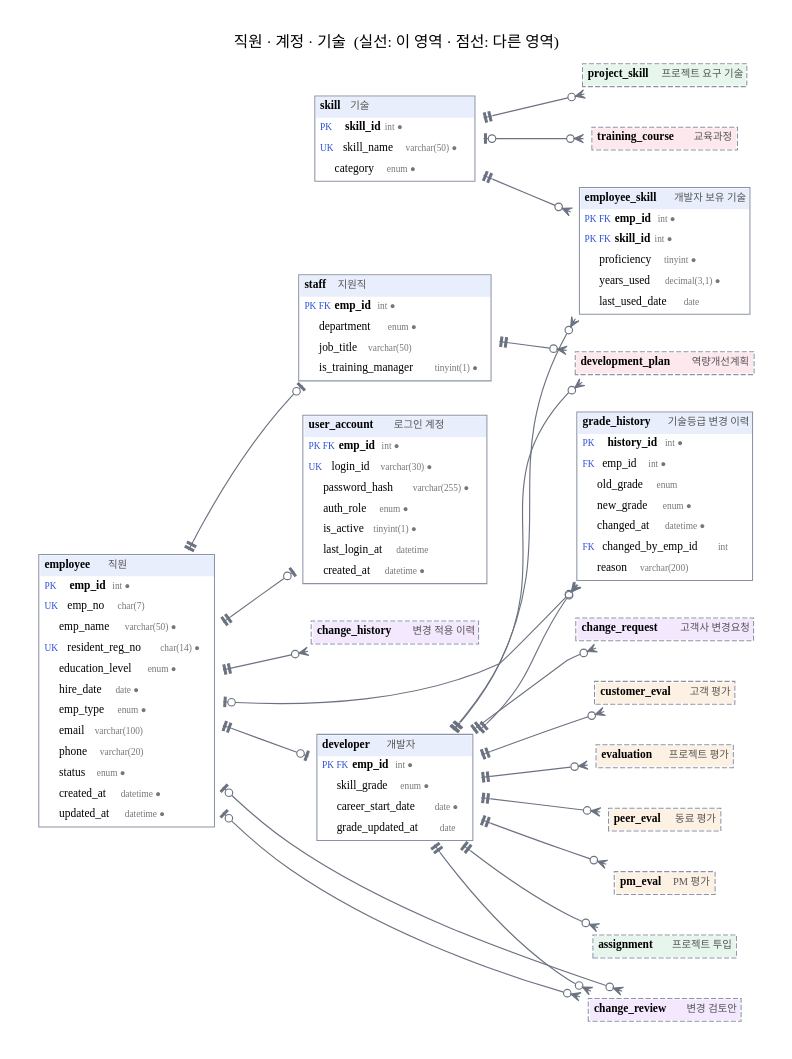
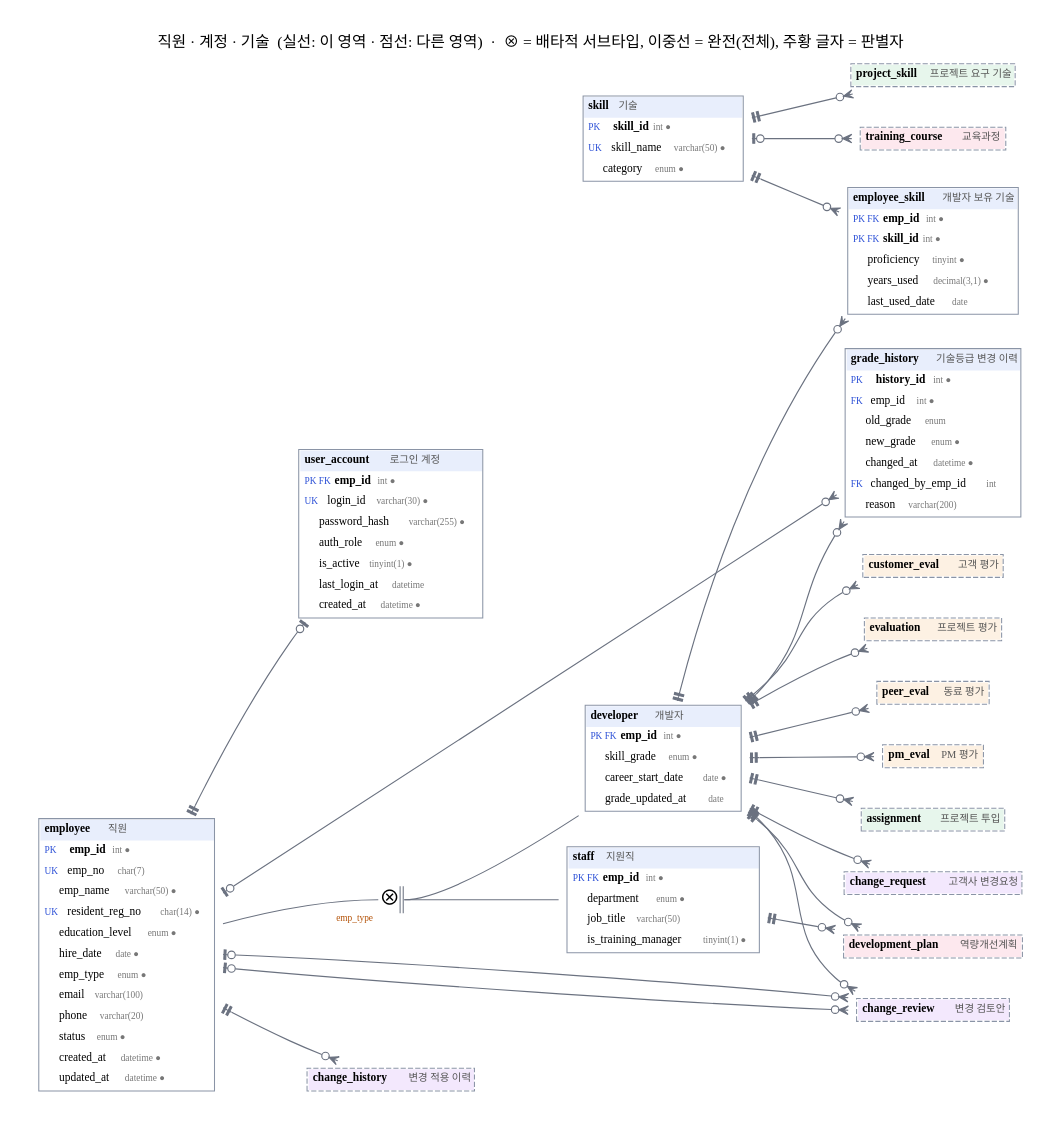
The diagram in docs/erd/01_hr.dot (moovingGun/database-teamproject), drawn with Graphviz before and after one commit. The commit also changed 11 other files, not shown here.

First line of the commit message:
docs: ERD 슈퍼타입-서브타입을 IE 서브타입 기호로 표기

```diff
--- a/docs/erd/01_hr.dot
+++ b/docs/erd/01_hr.dot
@@ -2,7 +2,7 @@
   graph [rankdir=LR, fontname="Apple SD Gothic Neo", fontsize=13, bgcolor="white", nodesep=0.35, pad=0.3, splines=true, newrank=true, ranksep=0.9];
   node  [shape=plaintext, fontname="Apple SD Gothic Neo", fontsize=11];
   edge  [fontname="Apple SD Gothic Neo", fontsize=9];
-  label="직원 · 계정 · 기술  (실선: 이 영역 · 점선: 다른 영역)"; labelloc=t; fontsize=15;
+  label="직원 · 계정 · 기술  (실선: 이 영역 · 점선: 다른 영역)  ·  ⊗ = 배타적 서브타입, 이중선 = 완전(전체), 주황 글자 = 판별자"; labelloc=t; fontsize=15;
   "employee" [label=<<TABLE BORDER="1" CELLBORDER="0" CELLSPACING="0" CELLPADDING="4" COLOR="#8a94a6"><TR><TD BGCOLOR="#e8eefc" ALIGN="LEFT"><B>employee</B>  <FONT POINT-SIZE="10" COLOR="#555555">직원</FONT></TD></TR><TR><TD ALIGN="LEFT"><FONT POINT-SIZE="9" COLOR="#2b4fd6">PK    </FONT> <B>emp_id</B><FONT POINT-SIZE="9" COLOR="#777777">  int ●</FONT></TD></TR><TR><TD ALIGN="LEFT"><FONT POINT-SIZE="9" COLOR="#2b4fd6">UK    </FONT> emp_no<FONT POINT-SIZE="9" COLOR="#777777">  char(7)</FONT></TD></TR><TR><TD ALIGN="LEFT"><FONT POINT-SIZE="9" COLOR="#2b4fd6">      </FONT> emp_name<FONT POINT-SIZE="9" COLOR="#777777">  varchar(50) ●</FONT></TD></TR><TR><TD ALIGN="LEFT"><FONT POINT-SIZE="9" COLOR="#2b4fd6">UK    </FONT> resident_reg_no<FONT POINT-SIZE="9" COLOR="#777777">  char(14) ●</FONT></TD></TR><TR><TD ALIGN="LEFT"><FONT POINT-SIZE="9" COLOR="#2b4fd6">      </FONT> education_level<FONT POINT-SIZE="9" COLOR="#777777">  enum ●</FONT></TD></TR><TR><TD ALIGN="LEFT"><FONT POINT-SIZE="9" COLOR="#2b4fd6">      </FONT> hire_date<FONT POINT-SIZE="9" COLOR="#777777">  date ●</FONT></TD></TR><TR><TD ALIGN="LEFT"><FONT POINT-SIZE="9" COLOR="#2b4fd6">      </FONT> emp_type<FONT POINT-SIZE="9" COLOR="#777777">  enum ●</FONT></TD></TR><TR><TD ALIGN="LEFT"><FONT POINT-SIZE="9" COLOR="#2b4fd6">      </FONT> email<FONT POINT-SIZE="9" COLOR="#777777">  varchar(100)</FONT></TD></TR><TR><TD ALIGN="LEFT"><FONT POINT-SIZE="9" COLOR="#2b4fd6">      </FONT> phone<FONT POINT-SIZE="9" COLOR="#777777">  varchar(20)</FONT></TD></TR><TR><TD ALIGN="LEFT"><FONT POINT-SIZE="9" COLOR="#2b4fd6">      </FONT> status<FONT POINT-SIZE="9" COLOR="#777777">  enum ●</FONT></TD></TR><TR><TD ALIGN="LEFT"><FONT POINT-SIZE="9" COLOR="#2b4fd6">      </FONT> created_at<FONT POINT-SIZE="9" COLOR="#777777">  datetime ●</FONT></TD></TR><TR><TD ALIGN="LEFT"><FONT POINT-SIZE="9" COLOR="#2b4fd6">      </FONT> updated_at<FONT POINT-SIZE="9" COLOR="#777777">  datetime ●</FONT></TD></TR></TABLE>>];
   "developer" [label=<<TABLE BORDER="1" CELLBORDER="0" CELLSPACING="0" CELLPADDING="4" COLOR="#8a94a6"><TR><TD BGCOLOR="#e8eefc" ALIGN="LEFT"><B>developer</B>  <FONT POINT-SIZE="10" COLOR="#555555">개발자</FONT></TD></TR><TR><TD ALIGN="LEFT"><FONT POINT-SIZE="9" COLOR="#2b4fd6">PK FK </FONT> <B>emp_id</B><FONT POINT-SIZE="9" COLOR="#777777">  int ●</FONT></TD></TR><TR><TD ALIGN="LEFT"><FONT POINT-SIZE="9" COLOR="#2b4fd6">      </FONT> skill_grade<FONT POINT-SIZE="9" COLOR="#777777">  enum ●</FONT></TD></TR><TR><TD ALIGN="LEFT"><FONT POINT-SIZE="9" COLOR="#2b4fd6">      </FONT> career_start_date<FONT POINT-SIZE="9" COLOR="#777777">  date ●</FONT></TD></TR><TR><TD ALIGN="LEFT"><FONT POINT-SIZE="9" COLOR="#2b4fd6">      </FONT> grade_updated_at<FONT POINT-SIZE="9" COLOR="#777777">  date</FONT></TD></TR></TABLE>>];
   "staff" [label=<<TABLE BORDER="1" CELLBORDER="0" CELLSPACING="0" CELLPADDING="4" COLOR="#8a94a6"><TR><TD BGCOLOR="#e8eefc" ALIGN="LEFT"><B>staff</B>  <FONT POINT-SIZE="10" COLOR="#555555">지원직</FONT></TD></TR><TR><TD ALIGN="LEFT"><FONT POINT-SIZE="9" COLOR="#2b4fd6">PK FK </FONT> <B>emp_id</B><FONT POINT-SIZE="9" COLOR="#777777">  int ●</FONT></TD></TR><TR><TD ALIGN="LEFT"><FONT POINT-SIZE="9" COLOR="#2b4fd6">      </FONT> department<FONT POINT-SIZE="9" COLOR="#777777">  enum ●</FONT></TD></TR><TR><TD ALIGN="LEFT"><FONT POINT-SIZE="9" COLOR="#2b4fd6">      </FONT> job_title<FONT POINT-SIZE="9" COLOR="#777777">  varchar(50)</FONT></TD></TR><TR><TD ALIGN="LEFT"><FONT POINT-SIZE="9" COLOR="#2b4fd6">      </FONT> is_training_manager<FONT POINT-SIZE="9" COLOR="#777777">  tinyint(1) ●</FONT></TD></TR></TABLE>>];
@@ -28,7 +28,6 @@
   "developer" -> "change_review" [dir=both, arrowtail=teetee, arrowhead=crowodot, color="#6b7280", penwidth=1.1, arrowsize=0.9];
   "employee" -> "change_review" [dir=both, arrowtail=teeodot, arrowhead=crowodot, color="#6b7280", penwidth=1.1, arrowsize=0.9];
   "developer" -> "customer_eval" [dir=both, arrowtail=teetee, arrowhead=crowodot, color="#6b7280", penwidth=1.1, arrowsize=0.9];
-  "employee" -> "developer" [dir=both, arrowtail=teetee, arrowhead=teeodot, color="#6b7280", penwidth=1.1, arrowsize=0.9];
   "developer" -> "development_plan" [dir=both, arrowtail=teetee, arrowhead=crowodot, color="#6b7280", penwidth=1.1, arrowsize=0.9];
   "staff" -> "development_plan" [dir=both, arrowtail=teetee, arrowhead=crowodot, color="#6b7280", penwidth=1.1, arrowsize=0.9];
   "developer" -> "employee_skill" [dir=both, arrowtail=teetee, arrowhead=crowodot, color="#6b7280", penwidth=1.1, arrowsize=0.9];
@@ -39,7 +38,10 @@
   "developer" -> "peer_eval" [dir=both, arrowtail=teetee, arrowhead=crowodot, color="#6b7280", penwidth=1.1, arrowsize=0.9];
   "developer" -> "pm_eval" [dir=both, arrowtail=teetee, arrowhead=crowodot, color="#6b7280", penwidth=1.1, arrowsize=0.9];
   "skill" -> "project_skill" [dir=both, arrowtail=teetee, arrowhead=crowodot, color="#6b7280", penwidth=1.1, arrowsize=0.9];
-  "employee" -> "staff" [dir=both, arrowtail=teetee, arrowhead=teeodot, color="#6b7280", penwidth=1.1, arrowsize=0.9];
   "skill" -> "training_course" [dir=both, arrowtail=teeodot, arrowhead=crowodot, color="#6b7280", penwidth=1.1, arrowsize=0.9];
   "employee" -> "user_account" [dir=both, arrowtail=teetee, arrowhead=teeodot, color="#6b7280", penwidth=1.1, arrowsize=0.9];
+  "cat_employee" [margin=0, width=0, height=0, label=<<TABLE BORDER="0" CELLBORDER="0" CELLSPACING="0" CELLPADDING="0" COLOR="#6b7280"><TR><TD PORT="in"><FONT POINT-SIZE="20">⊗</FONT></TD><TD BORDER="1" SIDES="R" WIDTH="3" HEIGHT="26" FIXEDSIZE="TRUE"></TD><TD BORDER="1" SIDES="R" WIDTH="3" HEIGHT="26" FIXEDSIZE="TRUE" PORT="out"></TD></TR></TABLE>>, xlabel=<<FONT POINT-SIZE="9" COLOR="#b45309">emp_type</FONT>>];
+  "employee" -> "cat_employee" [dir=none, headport="in:w", color="#6b7280", penwidth=1.1];
+  "cat_employee" -> "developer" [dir=none, tailport="out:e", color="#6b7280", penwidth=1.1];
+  "cat_employee" -> "staff" [dir=none, tailport="out:e", color="#6b7280", penwidth=1.1];
 }
```
